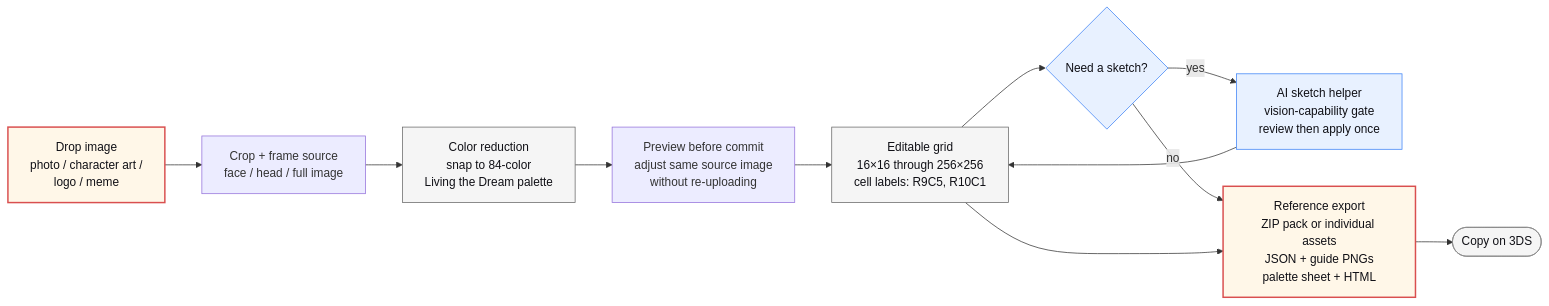
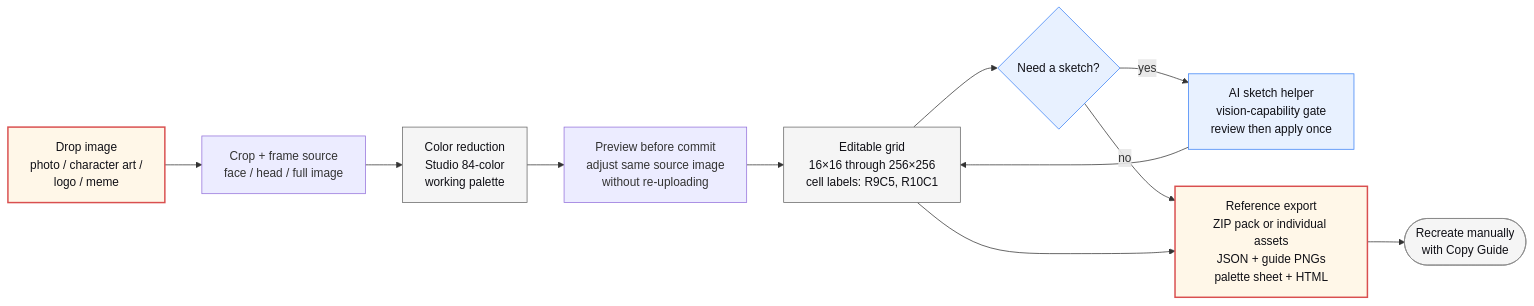
Before and after one commit to RazonIn4K/Mii-pixelart: the second of 2 diagrams in living-the-grid-studio/README.md, drawn with Mermaid. The commit also changed other lines of this file and 15 other files, not shown here.

````diff
--- a/living-the-grid-studio/README.md
+++ b/living-the-grid-studio/README.md
@@ -96,22 +96,22 @@
 ```mermaid
 flowchart LR
     IMG[Drop image<br/>photo / character art /<br/>logo / meme] --> FRAME[Crop + frame source<br/>face / head / full image]
-    FRAME --> QUANT[Color reduction<br/>snap to 84-color<br/>Living the Dream palette]
+    FRAME --> QUANT[Color reduction<br/>Studio 84-color<br/>working palette]
     QUANT --> PREVIEW[Preview before commit<br/>adjust same source image<br/>without re-uploading]
     PREVIEW --> GRID[Editable grid<br/>16×16 through 256×256<br/>cell labels: R9C5, R10C1]
     GRID --> AI{Need a sketch?}
     AI -- yes --> SKETCH[AI sketch helper<br/>vision-capability gate<br/>review then apply once]
     SKETCH --> GRID
     AI -- no --> EXPORT[Reference export<br/>ZIP pack or individual assets<br/>JSON + guide PNGs<br/>palette sheet + HTML]
     GRID --> EXPORT
-    EXPORT --> COPY([Copy on 3DS])
+    EXPORT --> COPY([Recreate manually<br/>with Copy Guide])
 
     classDef io fill:#fff7e8,stroke:#d94f4f,color:#101016,stroke-width:2px
     classDef step fill:#f5f5f5,stroke:#666,color:#101016
     classDef ai fill:#e8f1ff,stroke:#3b82f6,color:#101016
     classDef terminal fill:#f5f5f5,stroke:#888,color:#101016
     class IMG,EXPORT io
     class QUANT,GRID step
     class AI,SKETCH ai
     class COPY terminal
 ```
````
